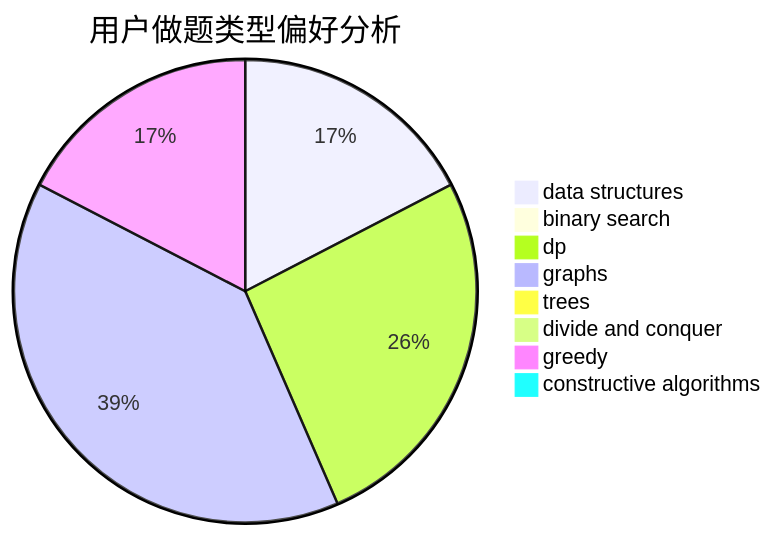
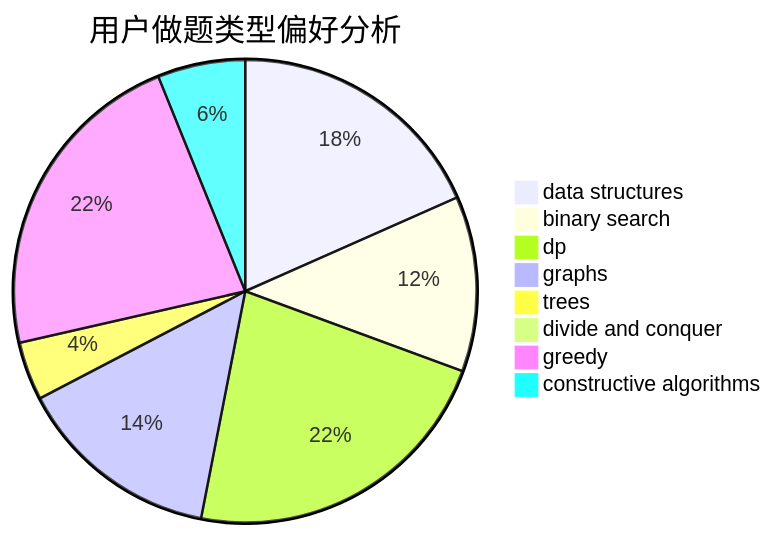
The second of 3 diagrams in docs/user/u635.md (sherpahu/cfrs.github.io), drawn with Mermaid before and after one commit. The commit also changed other lines of this file and 2770 other files, not shown here.

````diff
--- a/docs/user/u635.md
+++ b/docs/user/u635.md
@@ -23,11 +23,11 @@
 ```mermaid
 pie title 用户做题类型偏好分析
-    "data structures" :  4
-    "binary search" :  0
-    "dp" :  6
-    "graphs" :  9
-    "trees" :  0
+    "data structures" :  9
+    "binary search" :  6
+    "dp" :  11
+    "graphs" :  7
+    "trees" :  2
     "divide and conquer" :  0
-    "greedy" :  4
-    "constructive algorithms" :  0
+    "greedy" :  11
+    "constructive algorithms" :  3
 ```
````
